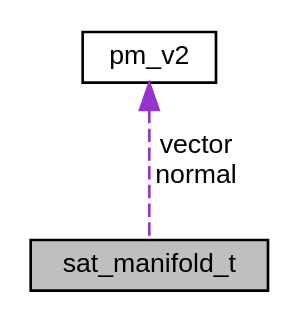
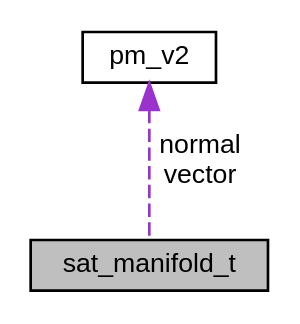
Before and after one commit to empyreanx/empyreanx.github.io: the diagram in docs/ph/structsat__manifold__t__coll__graph.dot, drawn with Graphviz. The commit also changed 199 other files, not shown here.

```diff
--- a/docs/ph/structsat__manifold__t__coll__graph.dot
+++ b/docs/ph/structsat__manifold__t__coll__graph.dot
@@ -1,9 +1,9 @@
 digraph "sat_manifold_t"
 {
  // LATEX_PDF_SIZE
   edge [fontname="Helvetica",fontsize="10",labelfontname="Helvetica",labelfontsize="10"];
   node [fontname="Helvetica",fontsize="10",shape=record];
   Node1 [label="sat_manifold_t",height=0.2,width=0.4,color="black", fillcolor="grey75", style="filled", fontcolor="black",tooltip="A collision manifold Provides information about a collision. Normals always point from shape 1 to sha..."];
-  Node2 -> Node1 [dir="back",color="darkorchid3",fontsize="10",style="dashed",label=" vector\nnormal" ,fontname="Helvetica"];
+  Node2 -> Node1 [dir="back",color="darkorchid3",fontsize="10",style="dashed",label=" normal\nvector" ,fontname="Helvetica"];
   Node2 [label="pm_v2",height=0.2,width=0.4,color="black", fillcolor="white", style="filled",URL="$structpm__v2.html",tooltip="A 2D vector."];
 }
```
